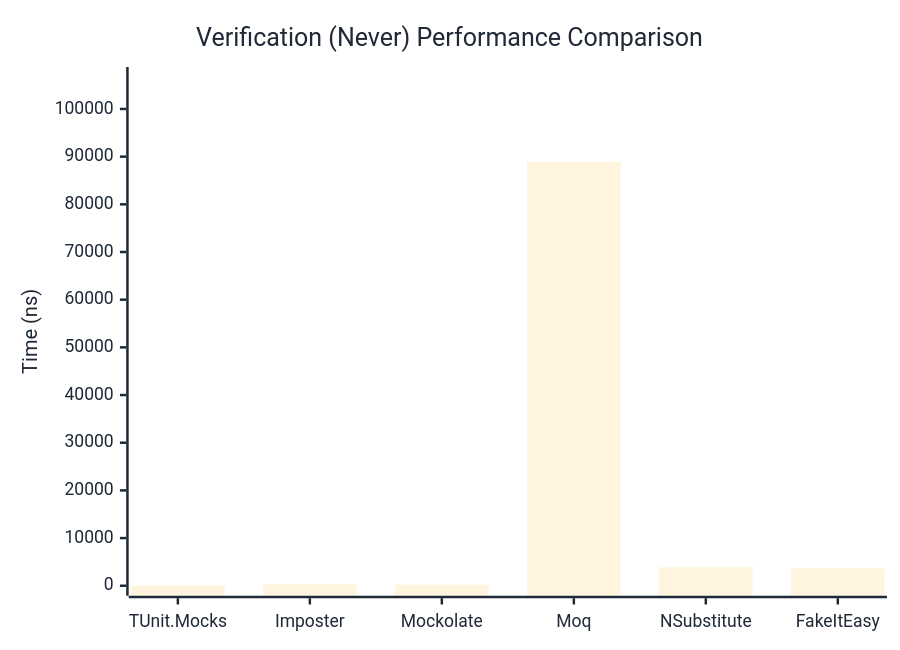
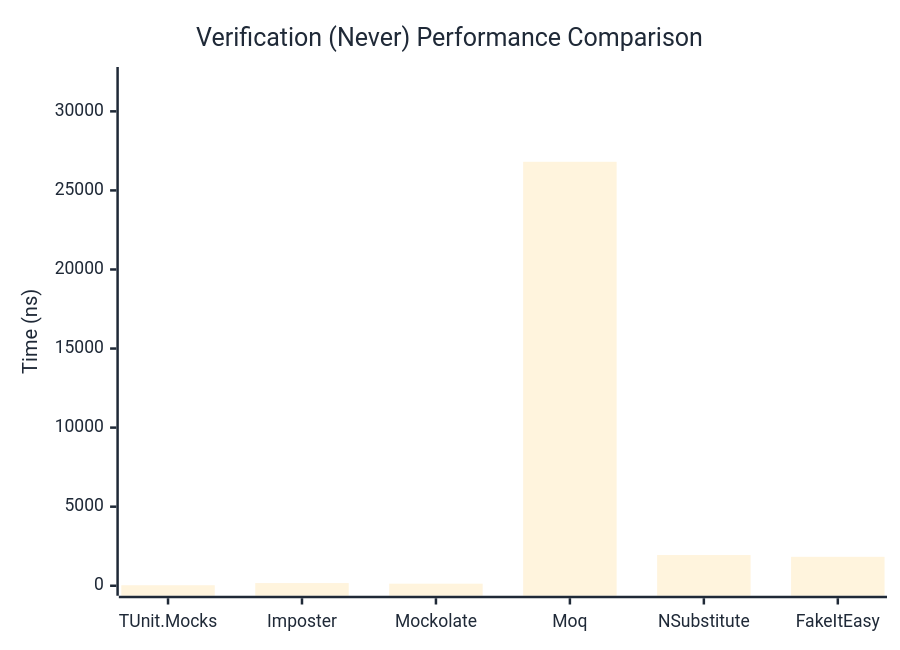
The second of 3 diagrams in docs/docs/benchmarks/mocks/Verification.md (thomhurst/TUnit), drawn with Mermaid before and after one commit. The commit also changed other lines of this file and 14 other files, not shown here.

````diff
--- a/docs/docs/benchmarks/mocks/Verification.md
+++ b/docs/docs/benchmarks/mocks/Verification.md
@@ -71,27 +71,27 @@
 ```mermaid
 %%{init: {
   'theme':'base',
   'themeVariables': {
     'primaryColor': '#2563eb',
     'primaryTextColor': '#1f2937',
     'primaryBorderColor': '#1e40af',
     'lineColor': '#6b7280',
     'secondaryColor': '#7c3aed',
     'tertiaryColor': '#dc2626',
     'background': '#ffffff',
     'pie1': '#2563eb',
     'pie2': '#7c3aed',
     'pie3': '#dc2626',
     'pie4': '#f59e0b',
     'pie5': '#10b981',
     'pie6': '#06b6d4',
     'pie7': '#ec4899',
     'pie8': '#6366f1'
   }
 }}%%
 xychart-beta
   title "Verification (Never) Performance Comparison"
   x-axis ["TUnit.Mocks", "Imposter", "Mockolate", "Moq", "NSubstitute", "FakeItEasy"]
-  y-axis "Time (ns)" 0 --> 106704
-  bar [52.09, 322.75, 232.16, 88919.21, 3881.85, 3622.76]
+  y-axis "Time (ns)" 0 --> 32172
+  bar [32.02, 169.5, 131.16, 26809.43, 1942.28, 1829.27]
 ```
````
